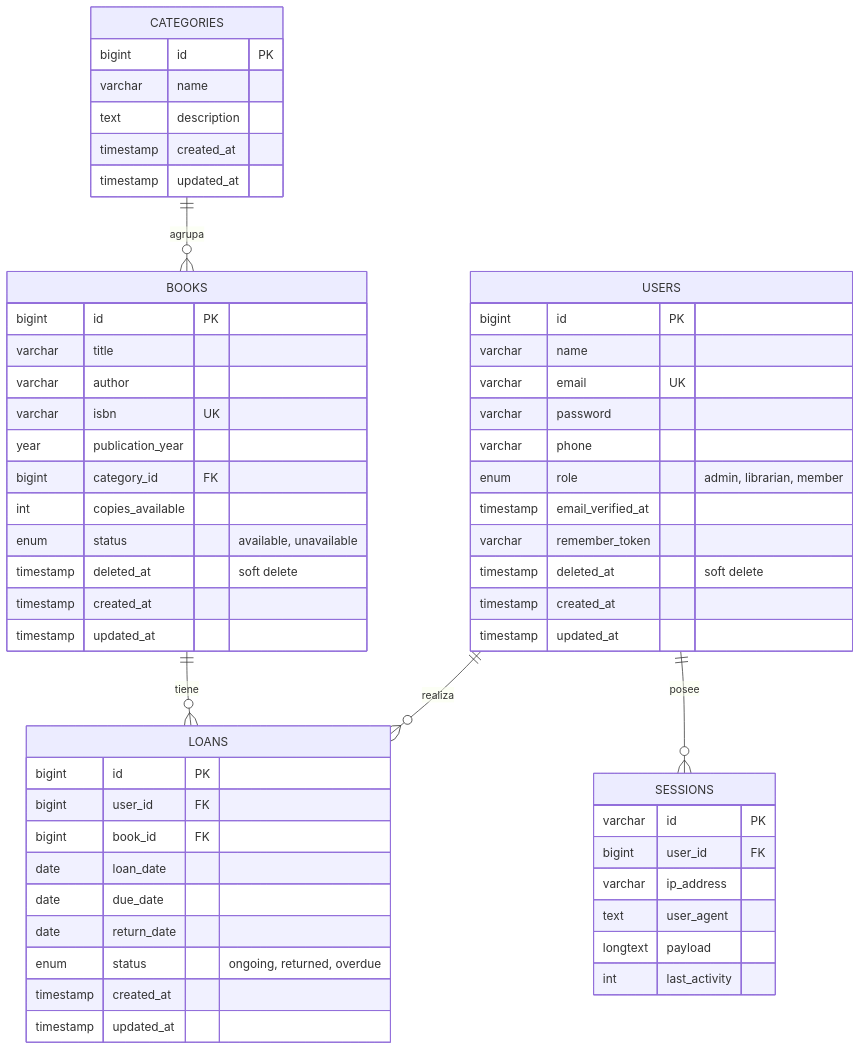
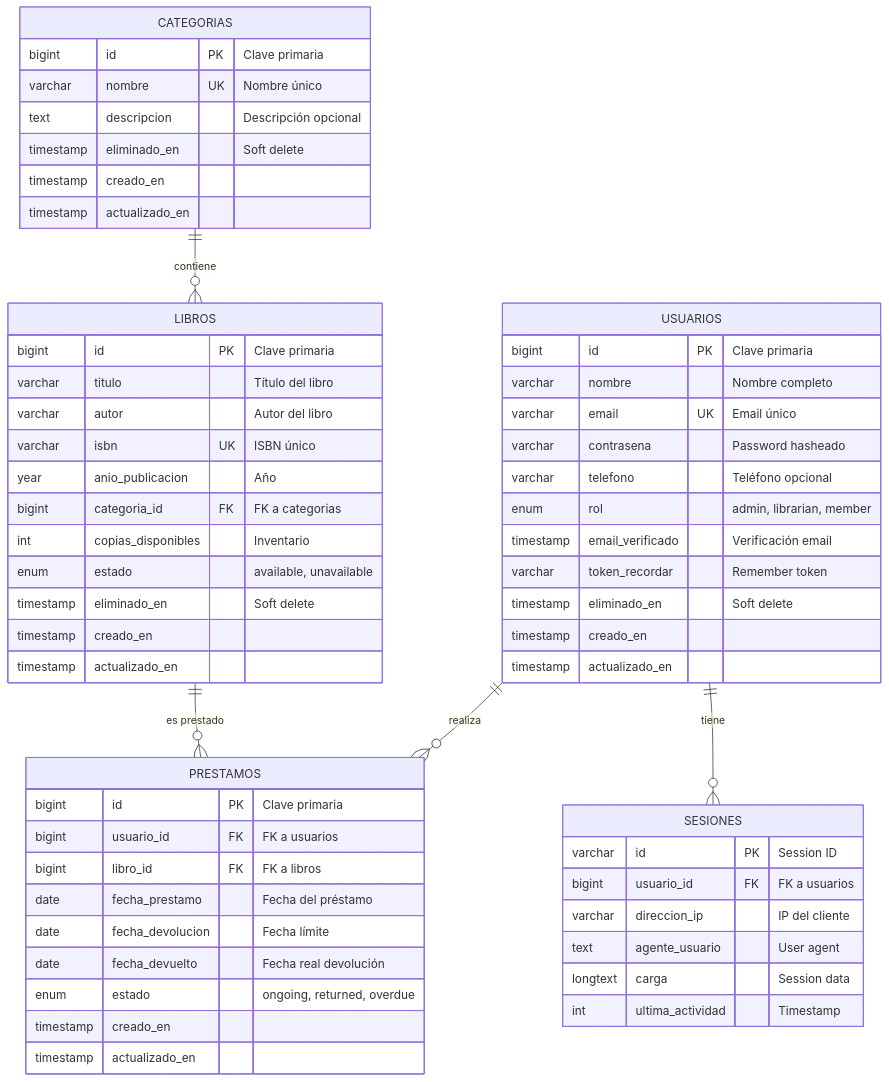
Before and after one commit to CristoferGuillen/BiblioTech: the first of 15 diagrams in DIAGRAMAS.md, drawn with Mermaid. The commit also changed other lines of this file, not shown here.

Commit message:
fix: corrige diagramas con información real y todo en español

````diff
--- a/DIAGRAMAS.md
+++ b/DIAGRAMAS.md
@@ -23,64 +24,65 @@
 ```mermaid
 erDiagram
-    USERS ||--o{ LOANS : "realiza"
-    BOOKS ||--o{ LOANS : "tiene"
-    CATEGORIES ||--o{ BOOKS : "agrupa"
-    USERS ||--o{ SESSIONS : "posee"
+    USUARIOS ||--o{ PRESTAMOS : realiza
+    LIBROS ||--o{ PRESTAMOS : "es prestado"
+    CATEGORIAS ||--o{ LIBROS : contiene
+    USUARIOS ||--o{ SESIONES : tiene
 
-    USERS {
-        bigint id PK
-        varchar name
-        varchar email UK
-        varchar password
-        varchar phone
-        enum role "admin, librarian, member"
-        timestamp email_verified_at
-        varchar remember_token
-        timestamp deleted_at "soft delete"
-        timestamp created_at
-        timestamp updated_at
+    USUARIOS {
+        bigint id PK "Clave primaria"
+        varchar nombre "Nombre completo"
+        varchar email UK "Email único"
+        varchar contrasena "Password hasheado"
+        varchar telefono "Teléfono opcional"
+        enum rol "admin, librarian, member"
+        timestamp email_verificado "Verificación email"
+        varchar token_recordar "Remember token"
+        timestamp eliminado_en "Soft delete"
+        timestamp creado_en
+        timestamp actualizado_en
     }
 
-    BOOKS {
-        bigint id PK
-        varchar title
-        varchar author
-        varchar isbn UK
-        year publication_year
-        bigint category_id FK
-        int copies_available
-        enum status "available, unavailable"
-        timestamp deleted_at "soft delete"
-        timestamp created_at
-        timestamp updated_at
+    LIBROS {
+        bigint id PK "Clave primaria"
+        varchar titulo "Título del libro"
+        varchar autor "Autor del libro"
+        varchar isbn UK "ISBN único"
+        year anio_publicacion "Año"
+        bigint categoria_id FK "FK a categorias"
+        int copias_disponibles "Inventario"
+        enum estado "available, unavailable"
+        timestamp eliminado_en "Soft delete"
+        timestamp creado_en
+        timestamp actualizado_en
     }
 
-    LOANS {
-        bigint id PK
-        bigint user_id FK
-        bigint book_id FK
-        date loan_date
-        date due_date
-        date return_date
-        enum status "ongoing, returned, overdue"
-        timestamp created_at
-        timestamp updated_at
+    PRESTAMOS {
+        bigint id PK "Clave primaria"
+        bigint usuario_id FK "FK a usuarios"
+        bigint libro_id FK "FK a libros"
+        date fecha_prestamo "Fecha del préstamo"
+        date fecha_devolucion "Fecha límite"
+        date fecha_devuelto "Fecha real devolución"
+        enum estado "ongoing, returned, overdue"
+        timestamp creado_en
+        timestamp actualizado_en
     }
 
-    CATEGORIES {
-        bigint id PK
-        varchar name
-        text description
-        timestamp created_at
-        timestamp updated_at
+    CATEGORIAS {
+        bigint id PK "Clave primaria"
+        varchar nombre UK "Nombre único"
+        text descripcion "Descripción opcional"
+        timestamp eliminado_en "Soft delete"
+        timestamp creado_en
+        timestamp actualizado_en
     }
 
-    SESSIONS {
-        varchar id PK
-        bigint user_id FK
-        varchar ip_address
-        text user_agent
-        longtext payload
-        int last_activity
+    SESIONES {
+        varchar id PK "Session ID"
+        bigint usuario_id FK "FK a usuarios"
+        varchar direccion_ip "IP del cliente"
+        text agente_usuario "User agent"
+        longtext carga "Session data"
+        int ultima_actividad "Timestamp"
     }
 ```
````
